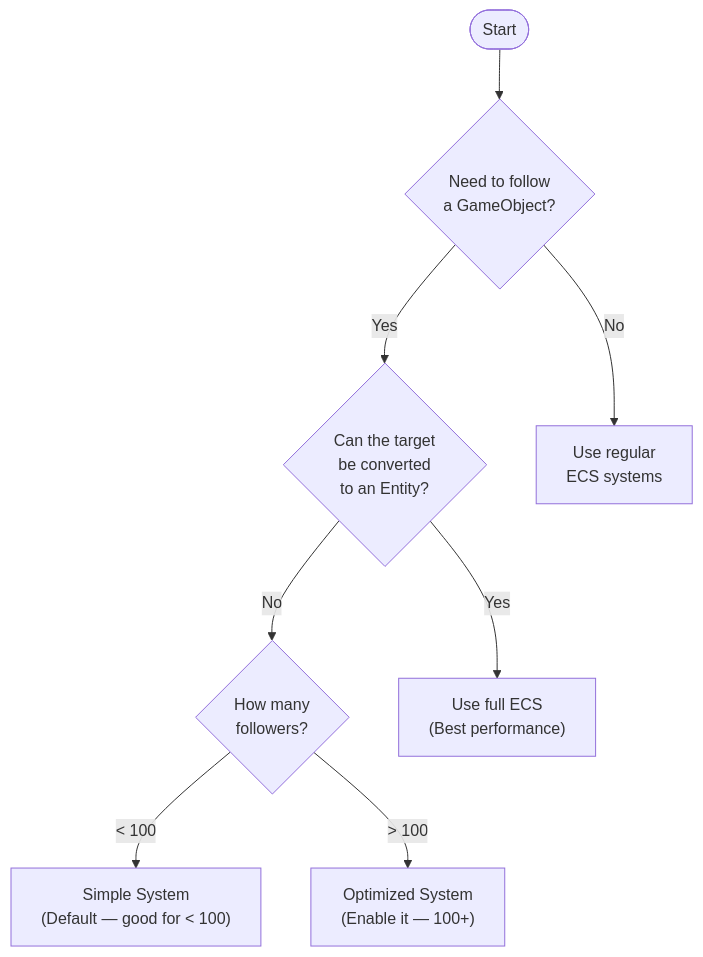
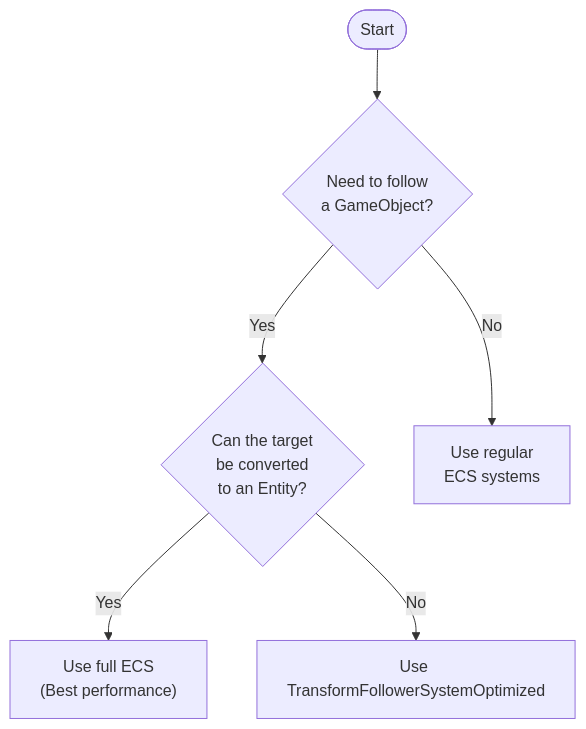
One commit to octopus8/BlueDesertFox changed the sixth of 6 diagrams in Assets/_App/Escape Mountain/TransformFollower/Documentation/ARCHITECTURE.md. Above: the diagram before and after it, drawn with Mermaid. The commit also changed other lines of this file and 22 other files, not shown here.

Commit message:
Removed old TransformFollowerSystem. Fixed warnings in console at start.

````diff
--- a/Assets/_App/Escape Mountain/TransformFollower/Documentation/ARCHITECTURE.md
+++ b/Assets/_App/Escape Mountain/TransformFollower/Documentation/ARCHITECTURE.md
@@ -139,19 +119,15 @@
 ```mermaid
 flowchart TD
     Start(["Start"])
     Q1{"Need to follow\na GameObject?"}
     Q2{"Can the target\nbe converted\nto an Entity?"}
-    Q3{"How many\nfollowers?"}
     R1["Use regular\nECS systems"]
     R2["Use full ECS\n(Best performance)"]
-    R3["Simple System\n(Default — good for < 100)"]
-    R4["Optimized System\n(Enable it — 100+)"]
+    R3["Use TransformFollowerSystemOptimized"]
 
     Start --> Q1
     Q1 -->|Yes| Q2
     Q1 -->|No| R1
     Q2 -->|Yes| R2
-    Q2 -->|No| Q3
-    Q3 -->|"< 100"| R3
-    Q3 -->|"> 100"| R4
+    Q2 -->|No| R3
 ```
````
